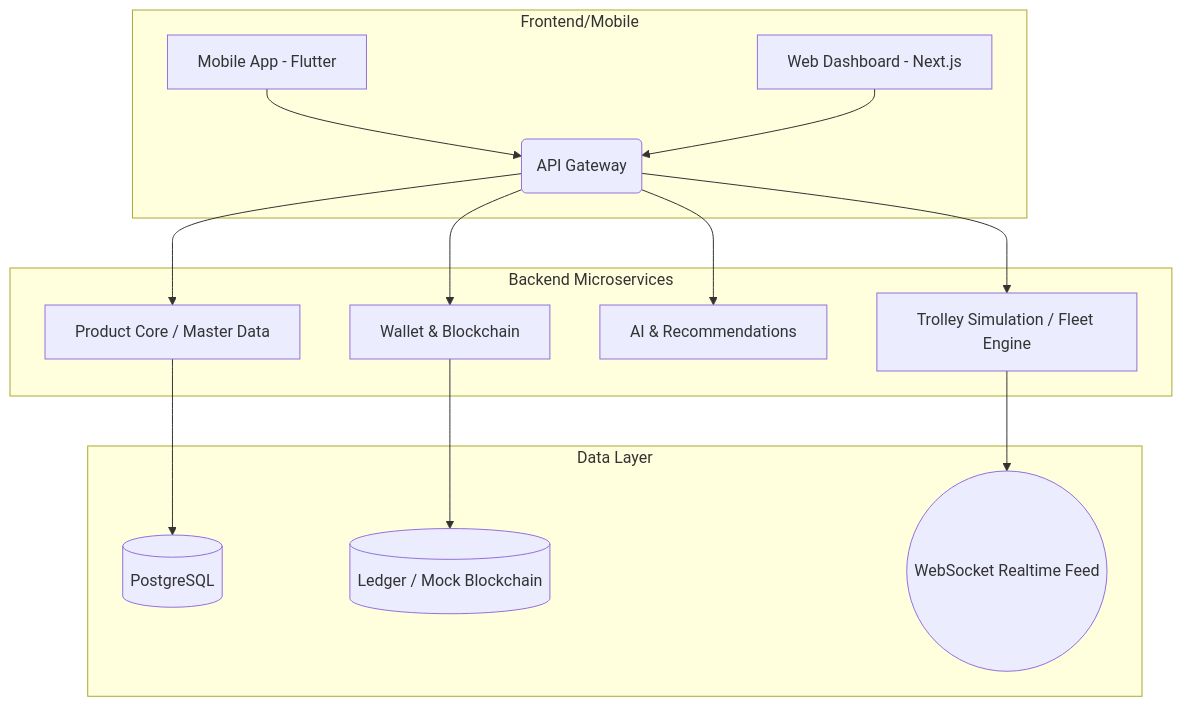
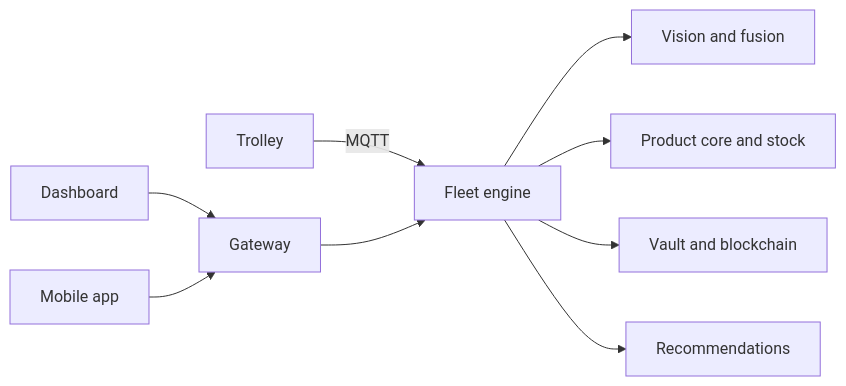
One commit to arun0786-co/automated-supermarket-ecosystem changed the diagram in README.md. Above: the diagram before and after it, drawn with Mermaid. The commit also changed other lines of this file and 9 other files, not shown here.

````diff
--- a/README.md
+++ b/README.md
@@ -9,20 +20,11 @@
 ```mermaid
-graph TD
-    subgraph Frontend/Mobile
-        A[Mobile App - Flutter] --> B(API Gateway)
-        C[Web Dashboard - Next.js] --> B
-    end
-
-    subgraph Backend Microservices
-        B --> D[Product Core / Master Data]
-        B --> E[Wallet & Blockchain]
-        B --> F[AI & Recommendations]
-        B --> G[Trolley Simulation / Fleet Engine]
-    end
-
-    subgraph Data Layer
-        D --> H[(PostgreSQL)]
-        E --> I[(Ledger / Mock Blockchain)]
-        G --> J((WebSocket Realtime Feed))
-    end
+graph LR
+    T[Trolley] -->|MQTT| F[Fleet engine]
+    F --> V[Vision and fusion]
+    F --> P[Product core and stock]
+    F --> C[Vault and blockchain]
+    F --> A[Recommendations]
+    D[Dashboard] --> G[Gateway]
+    M[Mobile app] --> G
+    G --> F
 ```
````
